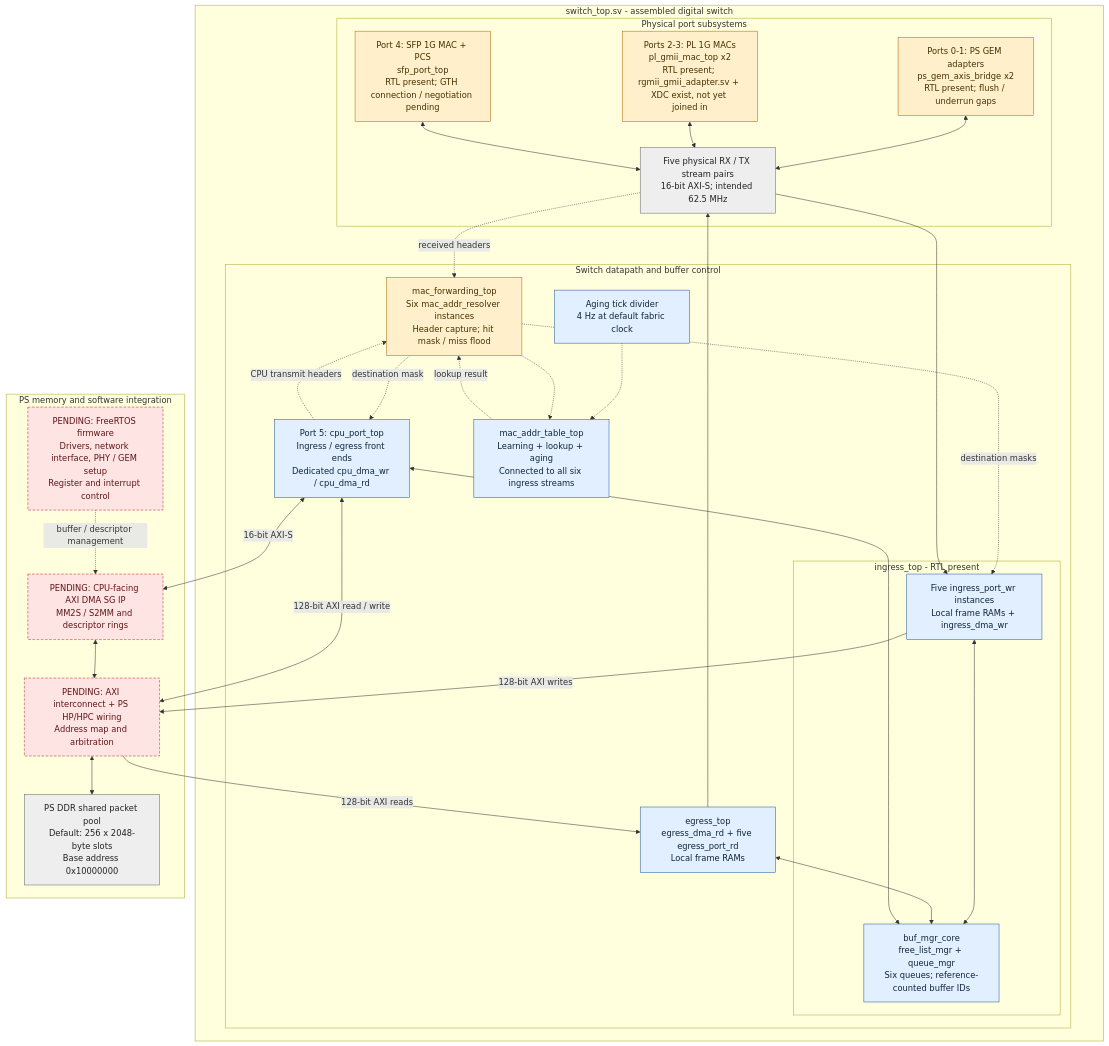
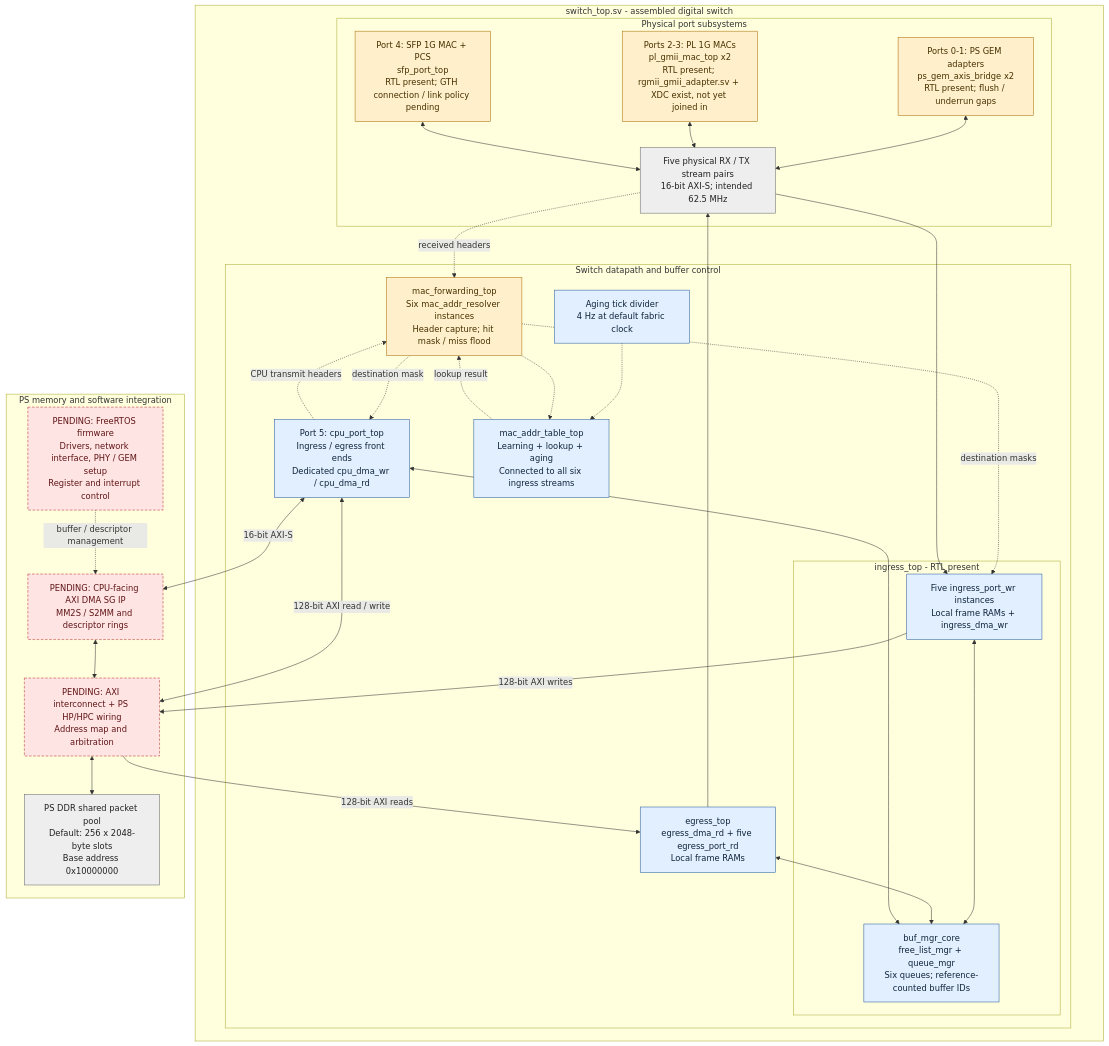
The first of 2 diagrams in docs/architecture.md (GhlHub/open_ethernet_switch), drawn with Mermaid before and after one commit. The commit also changed other lines of this file and 18 other files, not shown here.

Commit message:
Add MDIO and SFP negotiation sources; refresh design inventory

````diff
--- a/docs/architecture.md
+++ b/docs/architecture.md
@@ -21,63 +21,63 @@
 ```mermaid
 flowchart TB
     subgraph assembled[switch_top.sv - assembled digital switch]
     subgraph ports[Physical port subsystems]
         PS["Ports 0-1: PS GEM adapters<br/>ps_gem_axis_bridge x2<br/>RTL present; flush / underrun gaps"]
         PL["Ports 2-3: PL 1G MACs<br/>pl_gmii_mac_top x2<br/>RTL present; rgmii_gmii_adapter.sv + XDC exist, not yet joined in"]
-        SFP["Port 4: SFP 1G MAC + PCS<br/>sfp_port_top<br/>RTL present; GTH connection / negotiation pending"]
+        SFP["Port 4: SFP 1G MAC + PCS<br/>sfp_port_top<br/>RTL present; GTH connection / link policy pending"]
         STREAM["Five physical RX / TX stream pairs<br/>16-bit AXI-S; intended 62.5 MHz"]
         PS <--> STREAM
         PL <--> STREAM
         SFP <--> STREAM
     end
 
     subgraph core[Switch datapath and buffer control]
         subgraph ingwrap[ingress_top - RTL present]
             INGRESS["Five ingress_port_wr instances<br/>Local frame RAMs + ingress_dma_wr"]
             BUF["buf_mgr_core<br/>free_list_mgr + queue_mgr<br/>Six queues; reference-counted buffer IDs"]
         end
         EGRESS["egress_top<br/>egress_dma_rd + five egress_port_rd<br/>Local frame RAMs"]
         CPU["Port 5: cpu_port_top<br/>Ingress / egress front ends<br/>Dedicated cpu_dma_wr / cpu_dma_rd"]
         PARSER["mac_forwarding_top<br/>Six mac_addr_resolver instances<br/>Header capture; hit mask / miss flood"]
         TABLE["mac_addr_table_top<br/>Learning + lookup + aging<br/>Connected to all six ingress streams"]
         INGRESS <--> BUF
         EGRESS <--> BUF
         CPU <--> BUF
         AGE["Aging tick divider<br/>4 Hz at default fabric clock"]
         AGE -.-> TABLE
         PARSER -.-> TABLE
         TABLE -. lookup result .-> PARSER
         PARSER -. destination masks .-> INGRESS
         PARSER -. destination mask .-> CPU
     end
 
     STREAM --> INGRESS
     EGRESS --> STREAM
     STREAM -. received headers .-> PARSER
     CPU -. CPU transmit headers .-> PARSER
     end
 
     subgraph platform[PS memory and software integration]
         AXI["PENDING: AXI interconnect + PS HP/HPC wiring<br/>Address map and arbitration"]
         DDR["PS DDR shared packet pool<br/>Default: 256 x 2048-byte slots<br/>Base address 0x10000000"]
         CPUDMA["PENDING: CPU-facing AXI DMA SG IP<br/>MM2S / S2MM and descriptor rings"]
         RTOS["PENDING: FreeRTOS firmware<br/>Drivers, network interface, PHY / GEM setup<br/>Register and interrupt control"]
         AXI <--> DDR
         CPUDMA <--> AXI
         RTOS -. buffer / descriptor management .-> CPUDMA
     end
 
     INGRESS -->|128-bit AXI writes| AXI
     AXI -->|128-bit AXI reads| EGRESS
     CPU <-->|128-bit AXI read / write| AXI
     CPU <-->|16-bit AXI-S| CPUDMA
 
     classDef present fill:#e1efff,stroke:#245a9b,color:#10243a
     classDef partial fill:#fff0cb,stroke:#a96a00,color:#473000
     classDef pending fill:#ffe4e4,stroke:#b52a2a,color:#601515,stroke-dasharray:5 3
     classDef hardware fill:#eeeeee,stroke:#666666,color:#222222
     class INGRESS,BUF,EGRESS,CPU,TABLE,AGE present
     class PS,PL,SFP,PARSER partial
     class AXI,CPUDMA,RTOS pending
     class STREAM,DDR hardware
 ```
````
